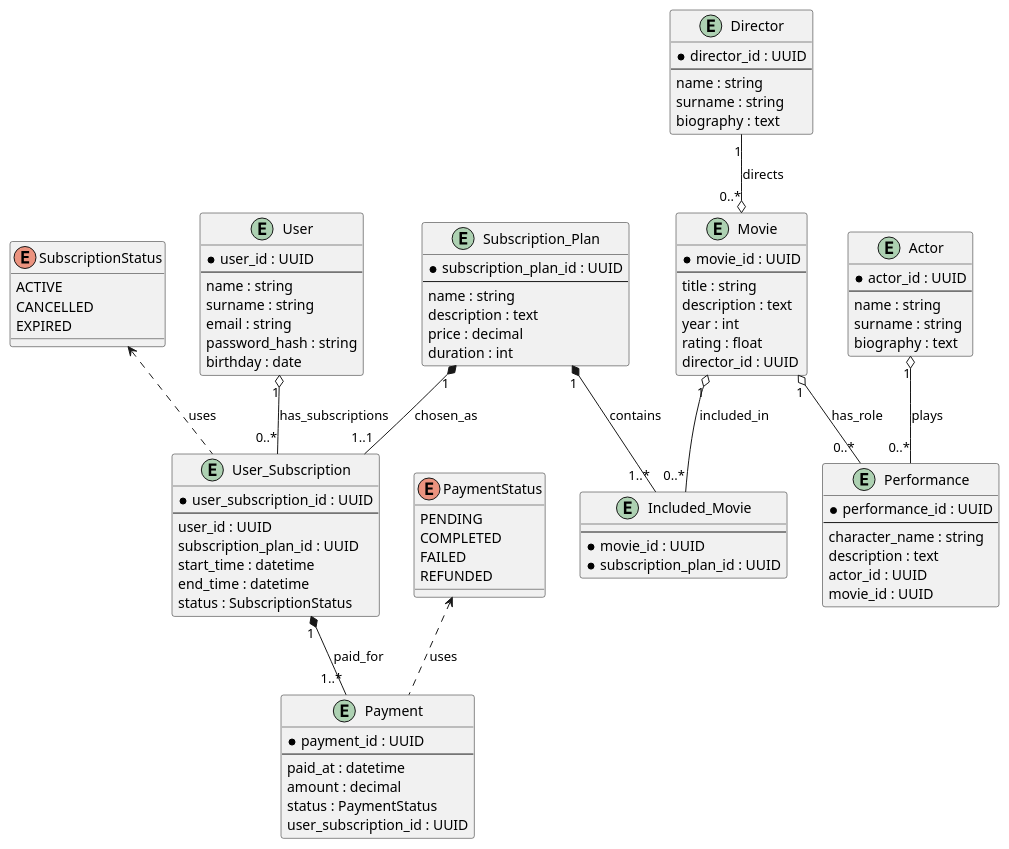
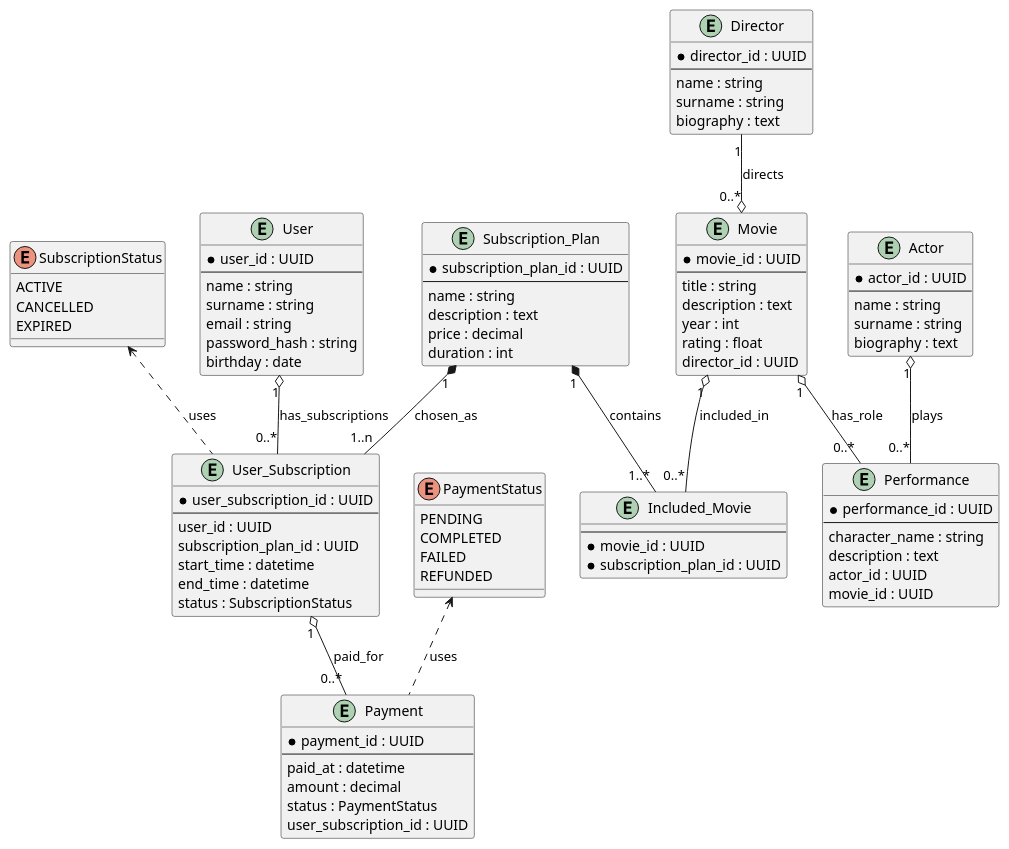
Before and after one commit to StudentPP1/KPI: the diagram in lab1/plan-uml-streaming-service.puml, drawn with PlantUML. The commit also changed 3 other files, not shown here.

```diff
--- a/lab1/plan-uml-streaming-service.puml
+++ b/lab1/plan-uml-streaming-service.puml
@@ -1,113 +1,113 @@
 @startuml
 enum SubscriptionStatus {
   ACTIVE
   CANCELLED
   EXPIRED
 }
 
 enum PaymentStatus {
   PENDING
   COMPLETED
   FAILED
   REFUNDED
 }
 
 entity Actor {
   *actor_id : UUID
   --
   name : string
   surname : string
   biography : text
 }
 
 entity Director {
   *director_id : UUID
   --
   name : string
   surname : string
   biography : text
 }
 
 entity Movie {
   *movie_id : UUID
   --
   title : string
   description : text
   year : int
   rating : float
   director_id : UUID 
 }
 
 entity Performance {
   *performance_id : UUID
   --
   character_name : string
   description : text
   actor_id : UUID 
   movie_id : UUID 
 }
 
 entity Subscription_Plan {
   *subscription_plan_id : UUID
   --
   name : string
   description : text
   price : decimal
   duration : int  
 }
 
 entity Included_Movie {
   --
   *movie_id : UUID 
   *subscription_plan_id : UUID 
 }
 
 entity User {
   *user_id : UUID
   --
   name : string
   surname : string
   email : string
   password_hash : string
   birthday : date
 }
 
 entity User_Subscription {
   *user_subscription_id : UUID
   --
   user_id : UUID 
   subscription_plan_id : UUID 
   start_time : datetime
   end_time : datetime
   status : SubscriptionStatus
 }
 
 entity Payment {
   *payment_id : UUID
   --
   paid_at : datetime
   amount : decimal
   status : PaymentStatus
   user_subscription_id : UUID 
 }
 
 ' Performance / casting
 Actor     "1" o-- "0..*" Performance : plays
 Movie     "1" o-- "0..*" Performance : has_role
 Director  "1" --o "0..*" Movie       : directs
 
 ' Plan and included movies
 Movie     "1" o-- "0..*" Included_Movie : included_in
 Subscription_Plan      "1" *-- "1..*" Included_Movie : contains
 
 ' User subscriptions
 User      "1" o-- "0..*" User_Subscription : has_subscriptions
-Subscription_Plan      "1" *-- "1..1" User_Subscription : chosen_as
+Subscription_Plan      "1" *-- "1..n" User_Subscription : chosen_as
 
 ' Payments
-User_Subscription "1" *-- "1..*" Payment : paid_for
+User_Subscription "1" o-- "0..*" Payment : paid_for
 
 ' enums usage
 SubscriptionStatus <.. User_Subscription : uses
 PaymentStatus      <.. Payment : uses
 @enduml
```
